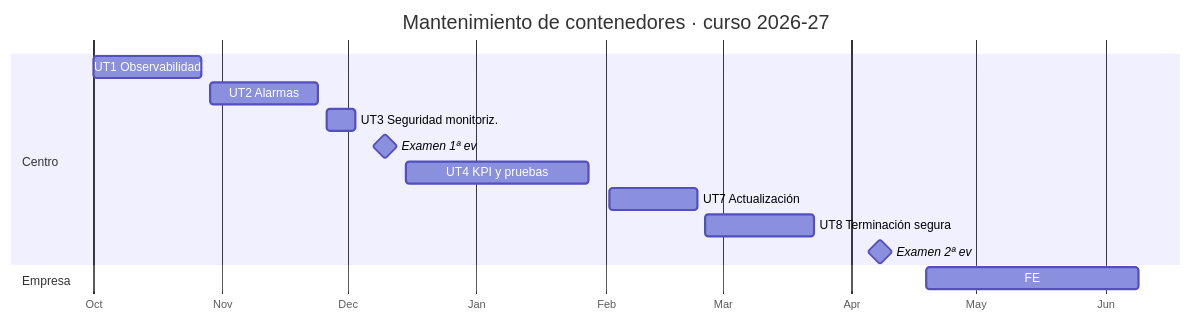
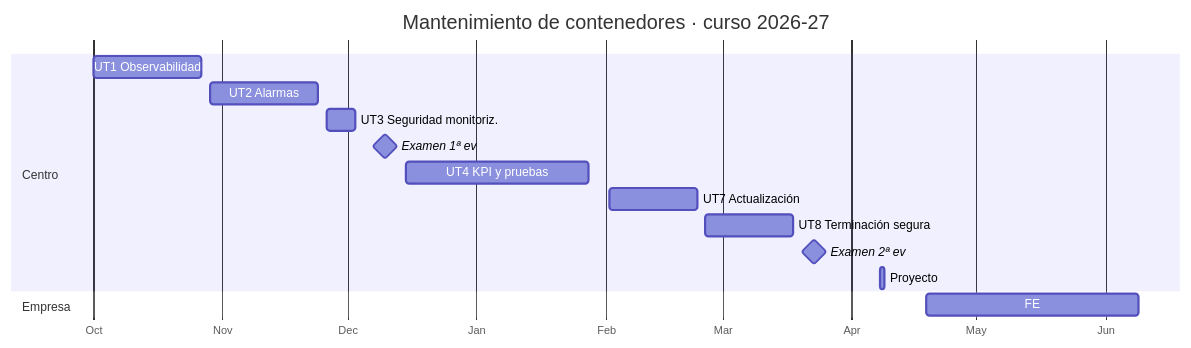
One commit to victor-educ/apuntes-5169 changed the diagram in docs/calendario.md. Above: the diagram before and after it, drawn with Mermaid. The commit also changed other lines of this file and 17 other files, not shown here.

````diff
--- a/docs/calendario.md
+++ b/docs/calendario.md
@@ -75,17 +82,18 @@
 ```mermaid
 gantt
     title Mantenimiento de contenedores · curso 2026-27
     dateFormat  YYYY-MM-DD
     axisFormat  %b
     section Centro
     UT1 Observabilidad        :2026-10-01, 2026-10-27
     UT2 Alarmas               :2026-10-29, 2026-11-24
     UT3 Seguridad monitoriz.  :2026-11-26, 2026-12-03
     Examen 1ª ev              :milestone, 2026-12-10, 0d
     UT4 KPI y pruebas         :2026-12-15, 2027-01-28
     UT7 Actualización         :2027-02-02, 2027-02-23
-    UT8 Terminación segura    :2027-02-25, 2027-03-23
-    Examen 2ª ev              :milestone, 2027-04-08, 0d
+    UT8 Terminación segura    :2027-02-25, 2027-03-18
+    Examen 2ª ev              :milestone, 2027-03-23, 0d
+    Proyecto                  :2027-04-08, 1d
     section Empresa
     FE                        :2027-04-19, 2027-06-09
 ```
````
